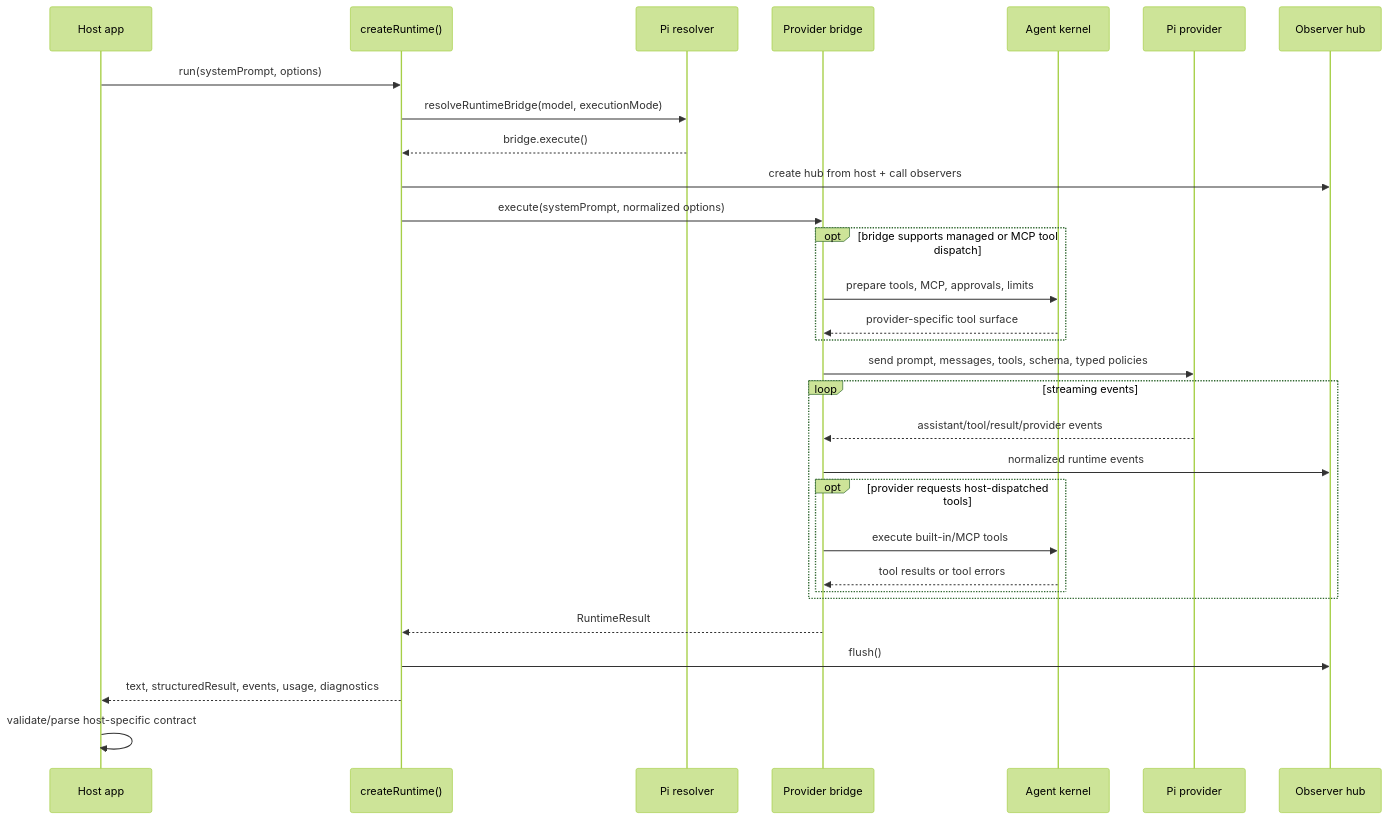
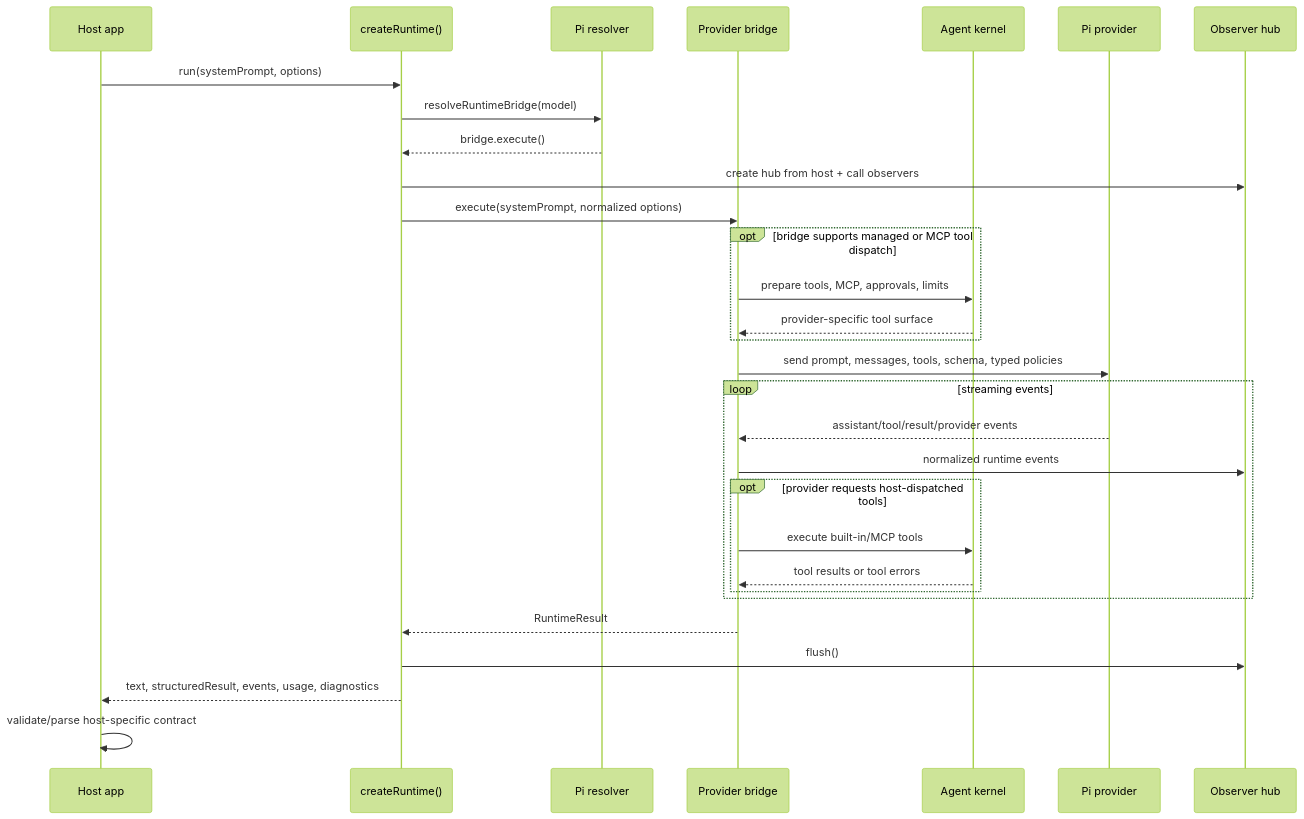
Before and after one commit to robertsreberski/mono-agent: the third of 5 diagrams in packages/agent-runtime/ARCHITECTURE.md, drawn with Mermaid (forest theme). The commit also changed 15 other files, not shown here.

````diff
--- a/packages/agent-runtime/ARCHITECTURE.md
+++ b/packages/agent-runtime/ARCHITECTURE.md
@@ -142,36 +142,36 @@
 ```mermaid
 sequenceDiagram
   participant Host as Host app
   participant Runtime as createRuntime()
   participant Registry as Pi resolver
   participant Bridge as Provider bridge
   participant Kernel as Agent kernel
   participant Provider as Pi provider
   participant Observer as Observer hub
 
   Host->>Runtime: run(systemPrompt, options)
-  Runtime->>Registry: resolveRuntimeBridge(model, executionMode)
+  Runtime->>Registry: resolveRuntimeBridge(model)
   Registry-->>Runtime: bridge.execute()
   Runtime->>Observer: create hub from host + call observers
   Runtime->>Bridge: execute(systemPrompt, normalized options)
 
   opt bridge supports managed or MCP tool dispatch
     Bridge->>Kernel: prepare tools, MCP, approvals, limits
     Kernel-->>Bridge: provider-specific tool surface
   end
   Bridge->>Provider: send prompt, messages, tools, schema, typed policies
 
   loop streaming events
     Provider-->>Bridge: assistant/tool/result/provider events
     Bridge->>Observer: normalized runtime events
     opt provider requests host-dispatched tools
       Bridge->>Kernel: execute built-in/MCP tools
       Kernel-->>Bridge: tool results or tool errors
     end
   end
 
   Bridge-->>Runtime: RuntimeResult
   Runtime->>Observer: flush()
   Runtime-->>Host: text, structuredResult, events, usage, diagnostics
   Host->>Host: validate/parse host-specific contract
 ```
````
